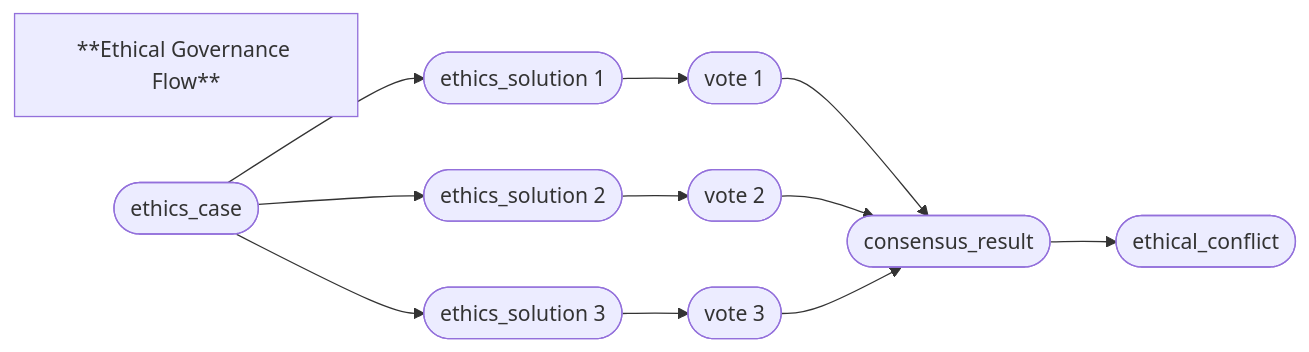
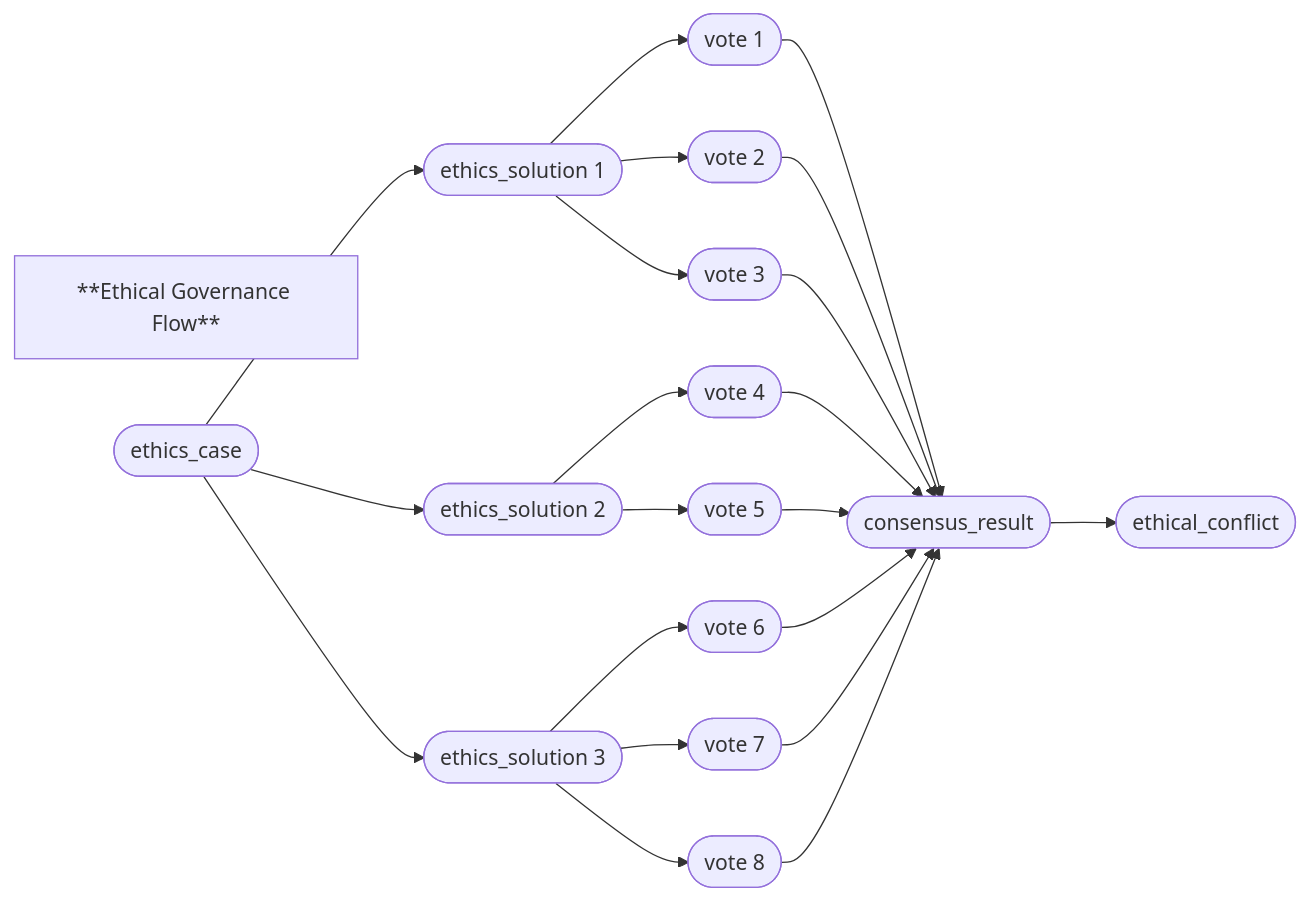
The sixth of 6 diagrams in docs/HMP-0005.md (kagvi13/HMP), drawn with Mermaid before and after one commit. The commit also changed other lines of this file, not shown here.

Commit message:
Add additional votes and update dependencies

````diff
--- a/docs/HMP-0005.md
+++ b/docs/HMP-0005.md
@@ -2307,25 +2307,40 @@
 ```mermaid
 flowchart LR
     title["**Ethical Governance Flow**"]
 
     case(["ethics_case"])
     sol1(["ethics_solution 1"])
     sol2(["ethics_solution 2"])
     sol3(["ethics_solution 3"])
     vote1(["vote 1"])
     vote2(["vote 2"])
     vote3(["vote 3"])
+    vote4(["vote 4"])
+    vote5(["vote 5"])
+    vote6(["vote 6"])
+    vote7(["vote 7"])
+    vote8(["vote 8"])
     consensus(["consensus_result"])
     conflict(["ethical_conflict"])
 
     case --> sol1
     case --> sol2
     case --> sol3
     sol1 --> vote1
-    sol2 --> vote2
-    sol3 --> vote3
+    sol1 --> vote2
+    sol1 --> vote3
+    sol2 --> vote4
+    sol2 --> vote5
+    sol3 --> vote6
+    sol3 --> vote7
+    sol3 --> vote8
     vote1 --> consensus
     vote2 --> consensus
     vote3 --> consensus
+    vote4 --> consensus
+    vote5 --> consensus
+    vote6 --> consensus
+    vote7 --> consensus
+    vote8 --> consensus
     consensus --> conflict
 ```
````
